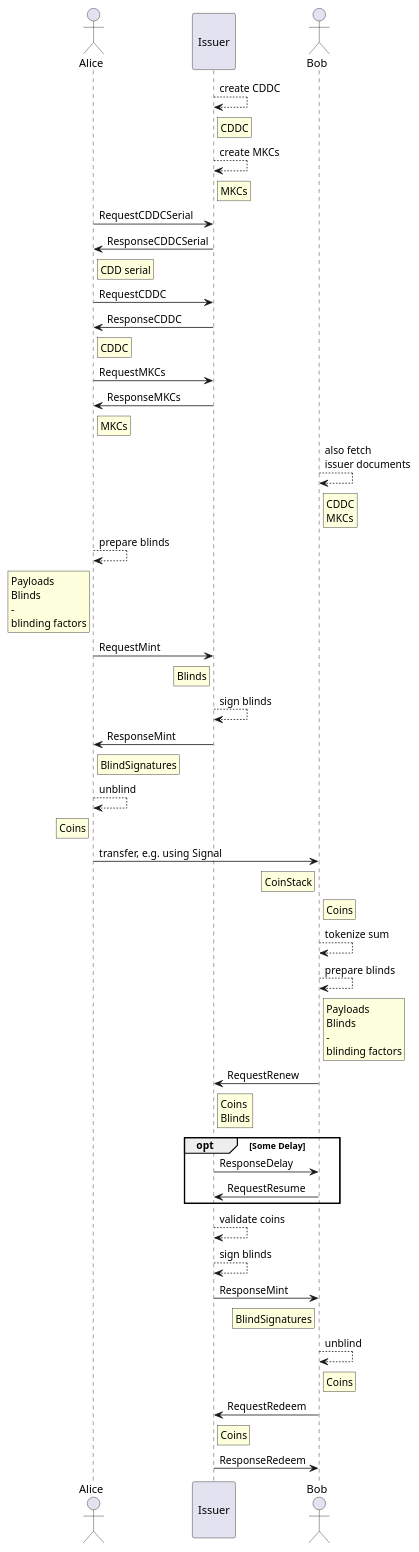
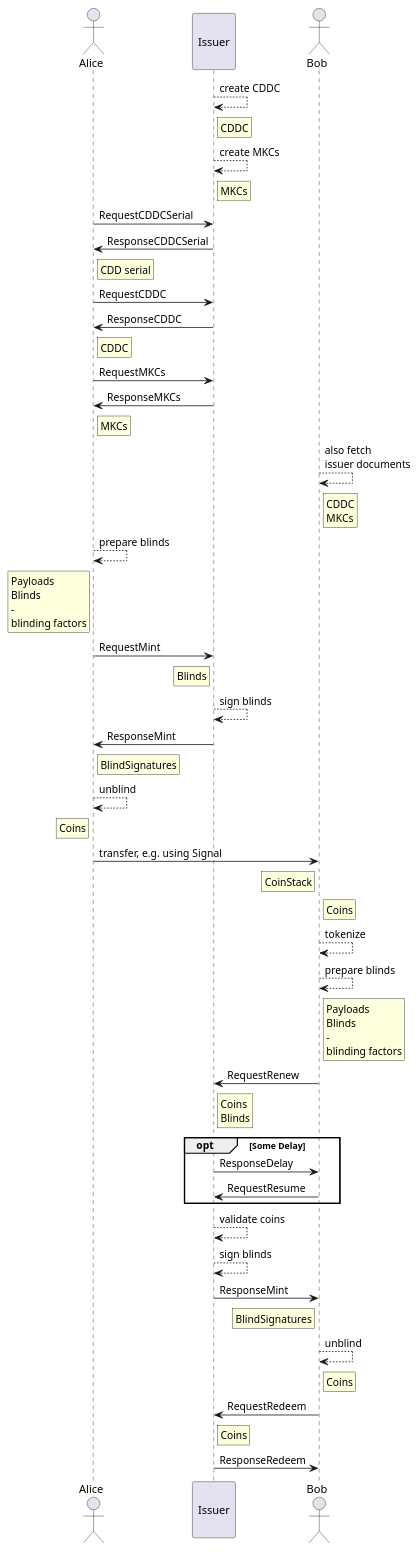
One commit to OpenCoin/opencoin-playground changed the diagram in v4/docs/sequence.puml. Above: the diagram before and after it, drawn with PlantUML. The commit also changed 2 other files, not shown here.

```diff
--- a/v4/docs/sequence.puml
+++ b/v4/docs/sequence.puml
@@ -1,75 +1,75 @@
 @startuml
 skinparam backgroundColor transparent
 
 actor Alice as alice
 participant "\nIssuer\n" as  issuer
 actor Bob as bob
 
 issuer --> issuer: create CDDC
 rnote right of issuer: CDDC
 issuer --> issuer: create MKCs
 rnote right of issuer: MKCs
 
 
 alice->issuer: RequestCDDCSerial
 issuer->alice: ResponseCDDCSerial
 rnote right of alice: CDD serial
 
 alice->issuer: RequestCDDC
 issuer->alice:  ResponseCDDC
 rnote right of alice: CDDC
 
 alice->issuer: RequestMKCs
 issuer->alice: ResponseMKCs
 rnote right of alice: MKCs
 
 bob-->bob: also fetch\nissuer documents
 rnote right of bob: CDDC\nMKCs
 
 alice --> alice: prepare blinds
 rnote left of alice: Payloads\nBlinds\n-\nblinding factors
 
 alice -> issuer: RequestMint
 rnote left of issuer: Blinds
 
 issuer --> issuer: sign blinds
 
 issuer -> alice: ResponseMint
 rnote right of alice: BlindSignatures
 
 alice --> alice: unblind
 rnote left of alice: Coins
 
 alice -> bob: transfer, e.g. using Signal
 rnote left of bob: CoinStack
 rnote right of bob: Coins
 
-bob --> bob: tokenize sum
+bob --> bob: tokenize
 
 bob --> bob: prepare blinds
 rnote right of bob: Payloads\nBlinds\n-\nblinding factors
 
 bob -> issuer: RequestRenew
 rnote right of issuer: Coins\nBlinds
 
 opt Some Delay
     issuer -> bob: ResponseDelay
     bob -> issuer: RequestResume
 end
 
 issuer-->issuer: validate coins
 issuer --> issuer: sign blinds
 issuer -> bob: ResponseMint
 rnote left of bob: BlindSignatures
 
 bob --> bob: unblind
 rnote right of bob: Coins
 
 bob -> issuer: RequestRedeem
 rnote right of issuer: Coins
 issuer->bob: ResponseRedeem
 
 
 
 
 @enduml
```
